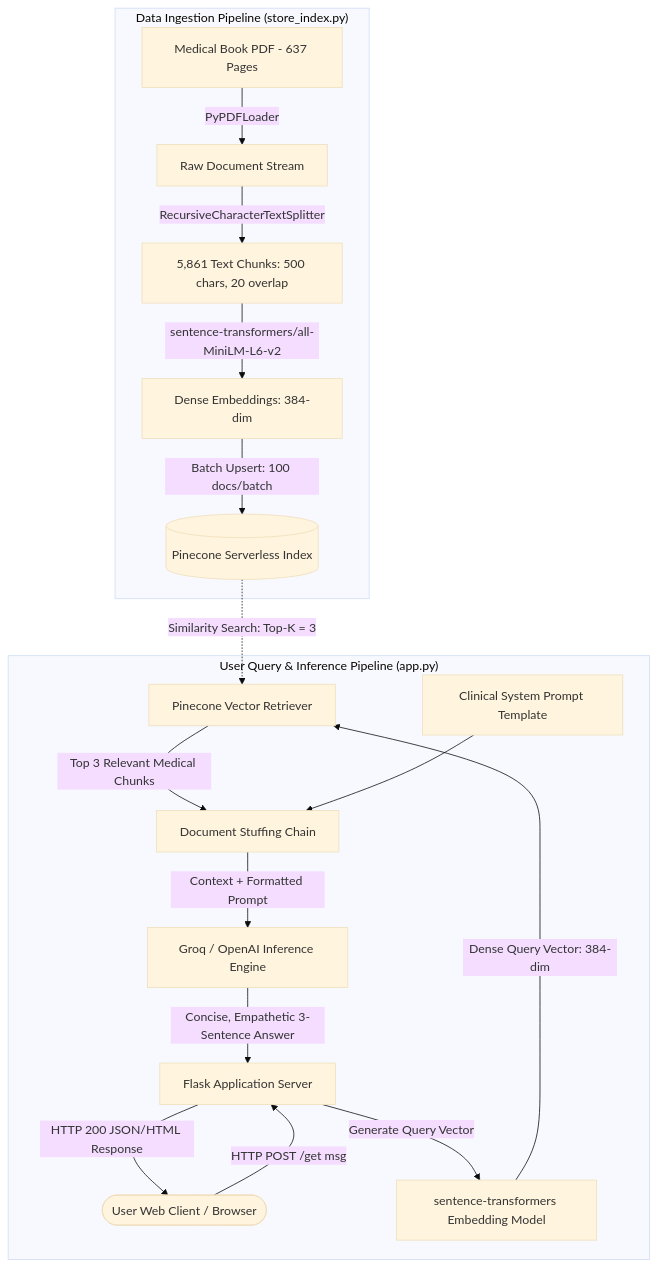
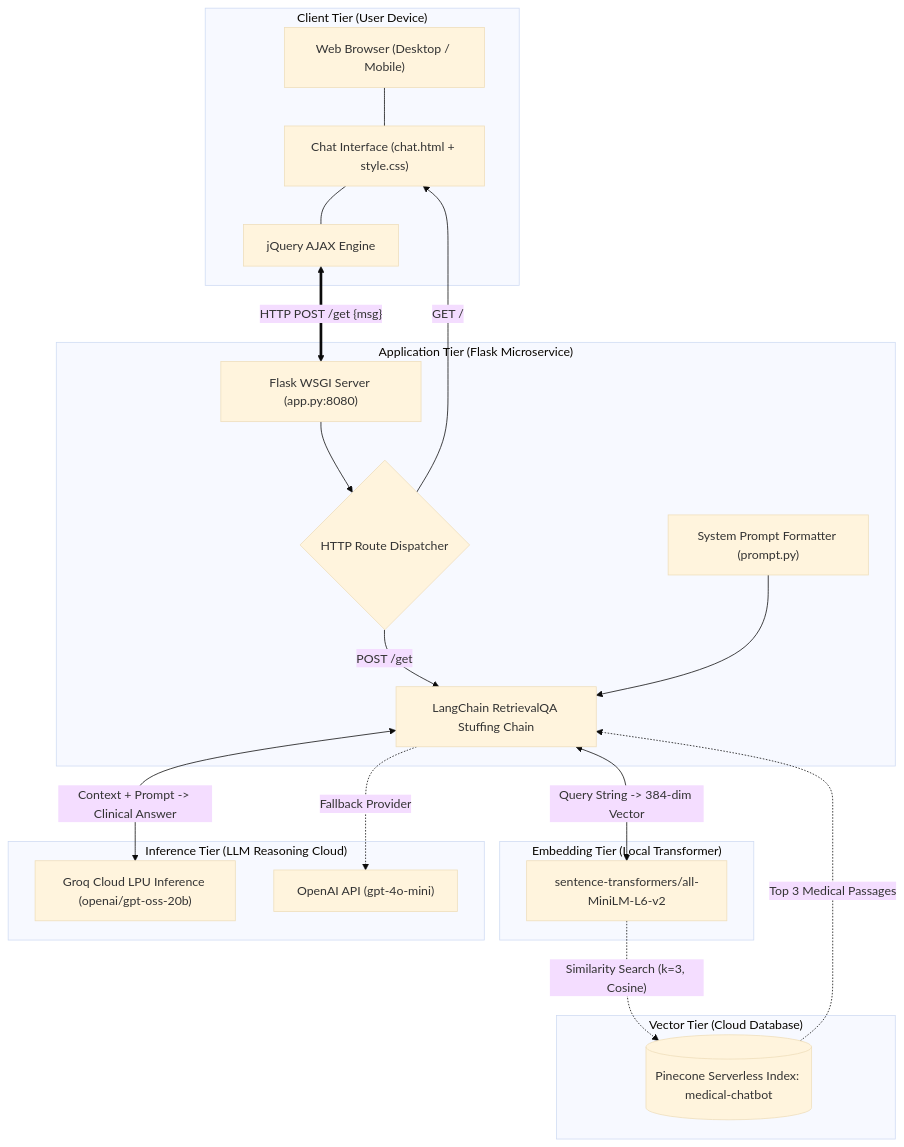
The first of 7 diagrams in context.md (nirajmandal1/medico), drawn with Mermaid (base theme) before and after one commit. The commit also changed other lines of this file, not shown here.

Commit message:
Update context.md with in-depth academic engineering capstone report and comprehensive DFDs

````diff
--- a/context.md
+++ b/context.md
@@ -48,21 +243,41 @@
 ```mermaid
-graph TD
-    subgraph Data_Ingestion_Pipeline["Data Ingestion Pipeline (store_index.py)"]
-        A[Medical Book PDF - 637 Pages] -->|PyPDFLoader| B[Raw Document Stream]
-        B -->|RecursiveCharacterTextSplitter| C[5,861 Text Chunks: 500 chars, 20 overlap]
-        C -->|sentence-transformers/all-MiniLM-L6-v2| D[Dense Embeddings: 384-dim]
-        D -->|Batch Upsert: 100 docs/batch| E[(Pinecone Serverless Index)]
+graph TB
+    subgraph Client_Tier["Client Tier (User Device)"]
+        Browser["Web Browser (Desktop / Mobile)"]
+        UI["Chat Interface (chat.html + style.css)"]
+        AJAX["jQuery AJAX Engine"]
+        Browser --- UI
+        UI --- AJAX
     end
 
-    subgraph User_Query_Inference_Pipeline["User Query & Inference Pipeline (app.py)"]
-        F([User Web Client / Browser]) -->|HTTP POST /get msg| G[Flask Application Server]
-        G -->|Generate Query Vector| H[sentence-transformers Embedding Model]
-        H -->|Dense Query Vector: 384-dim| I[Pinecone Vector Retriever]
-        E -.->|Similarity Search: Top-K = 3| I
-        I -->|Top 3 Relevant Medical Chunks| J[Document Stuffing Chain]
-        K[Clinical System Prompt Template] --> J
-        J -->|Context + Formatted Prompt| L[Groq / OpenAI Inference Engine]
-        L -->|Concise, Empathetic 3-Sentence Answer| G
-        G -->|HTTP 200 JSON/HTML Response| F
+    subgraph Application_Tier["Application Tier (Flask Microservice)"]
+        Server["Flask WSGI Server (app.py:8080)"]
+        Router{"HTTP Route Dispatcher"}
+        Chain["LangChain RetrievalQA Stuffing Chain"]
+        PromptEngine["System Prompt Formatter (prompt.py)"]
+        
+        AJAX <==>|"HTTP POST /get {msg}"| Server
+        Server --> Router
+        Router -->|"GET /"| UI
+        Router -->|"POST /get"| Chain
+        PromptEngine --> Chain
+    end
+
+    subgraph Embedding_Tier["Embedding Tier (Local Transformer)"]
+        STModel["sentence-transformers/all-MiniLM-L6-v2"]
+        Chain <-->|"Query String -> 384-dim Vector"| STModel
+    end
+
+    subgraph Vector_Storage_Tier["Vector Tier (Cloud Database)"]
+        PineconeCloud[("Pinecone Serverless Index: medical-chatbot")]
+        STModel -.->|"Similarity Search (k=3, Cosine)"| PineconeCloud
+        PineconeCloud -.->|"Top 3 Medical Passages"| Chain
+    end
+
+    subgraph Inference_Tier["Inference Tier (LLM Reasoning Cloud)"]
+        GroqCloud["Groq Cloud LPU Inference (openai/gpt-oss-20b)"]
+        OpenAICloud["OpenAI API (gpt-4o-mini)"]
+        Chain <-->|"Context + Prompt -> Clinical Answer"| GroqCloud
+        Chain -.->|"Fallback Provider"| OpenAICloud
     end
 ```
````
